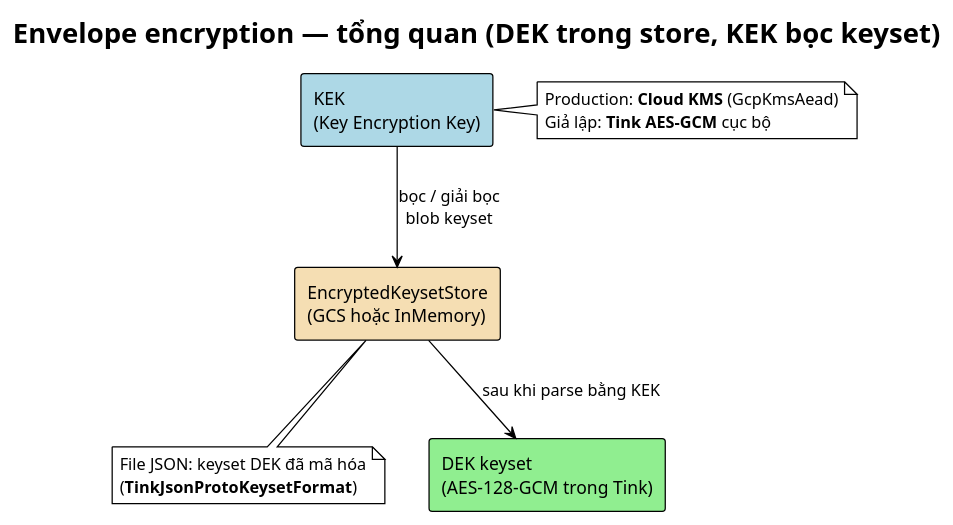
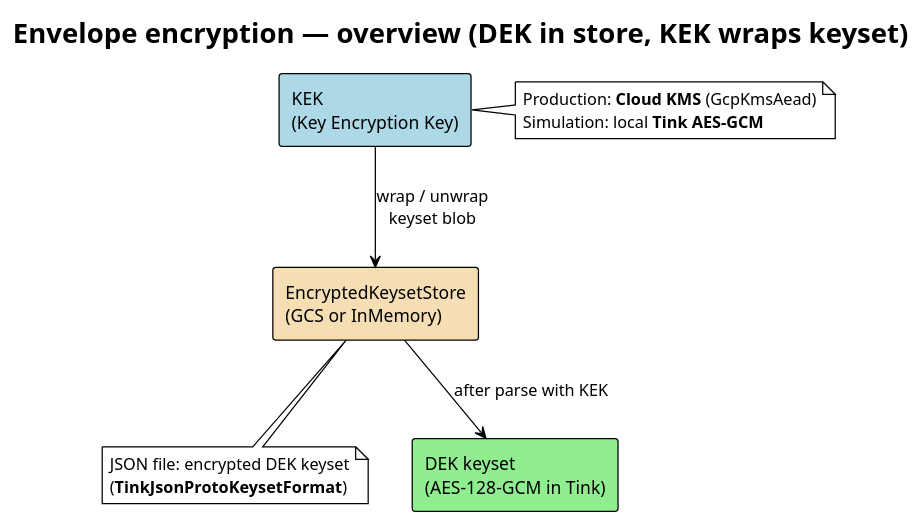
One commit to vtnhanhcmus/gsk-kms-hsm changed the diagram in docs/envelope-overview.puml. Above: the diagram before and after it, drawn with PlantUML. The commit also changed 25 other files, not shown here.

```diff
--- a/docs/envelope-overview.puml
+++ b/docs/envelope-overview.puml
@@ -1,22 +1,22 @@
 @startuml
 !theme plain
-title Envelope encryption — tổng quan (DEK trong store, KEK bọc keyset)
+title Envelope encryption — overview (DEK in store, KEK wraps keyset)
 
 rectangle "KEK\n(Key Encryption Key)" as kek #LightBlue
 note right of kek
   Production: **Cloud KMS** (GcpKmsAead)
-  Giả lập: **Tink AES-GCM** cục bộ
+  Simulation: local **Tink AES-GCM**
 end note
 
-rectangle "EncryptedKeysetStore\n(GCS hoặc InMemory)" as store #Wheat
+rectangle "EncryptedKeysetStore\n(GCS or InMemory)" as store #Wheat
 note bottom of store
-  File JSON: keyset DEK đã mã hóa
+  JSON file: encrypted DEK keyset
   (**TinkJsonProtoKeysetFormat**)
 end note
 
-rectangle "DEK keyset\n(AES-128-GCM trong Tink)" as dek #LightGreen
+rectangle "DEK keyset\n(AES-128-GCM in Tink)" as dek #LightGreen
 
-kek -down-> store : bọc / giải bọc\nblob keyset
-store -down-> dek : sau khi parse bằng KEK
+kek -down-> store : wrap / unwrap\nkeyset blob
+store -down-> dek : after parse with KEK
 
 @enduml
```
